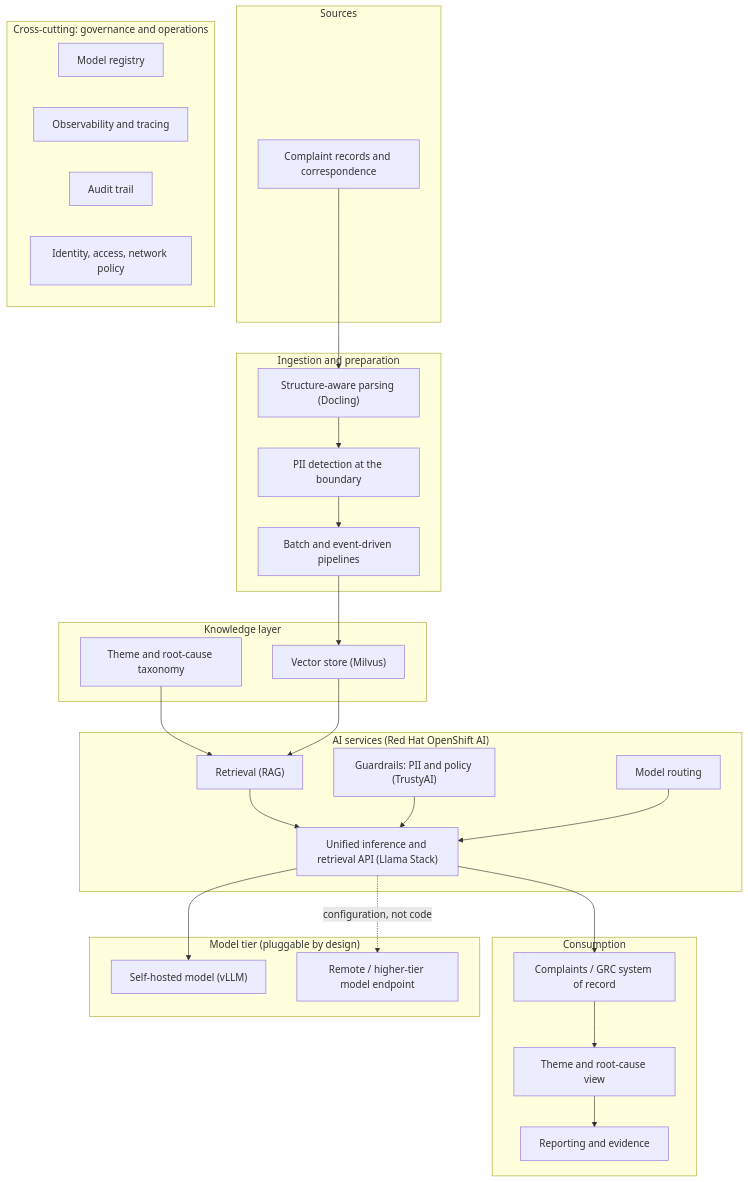
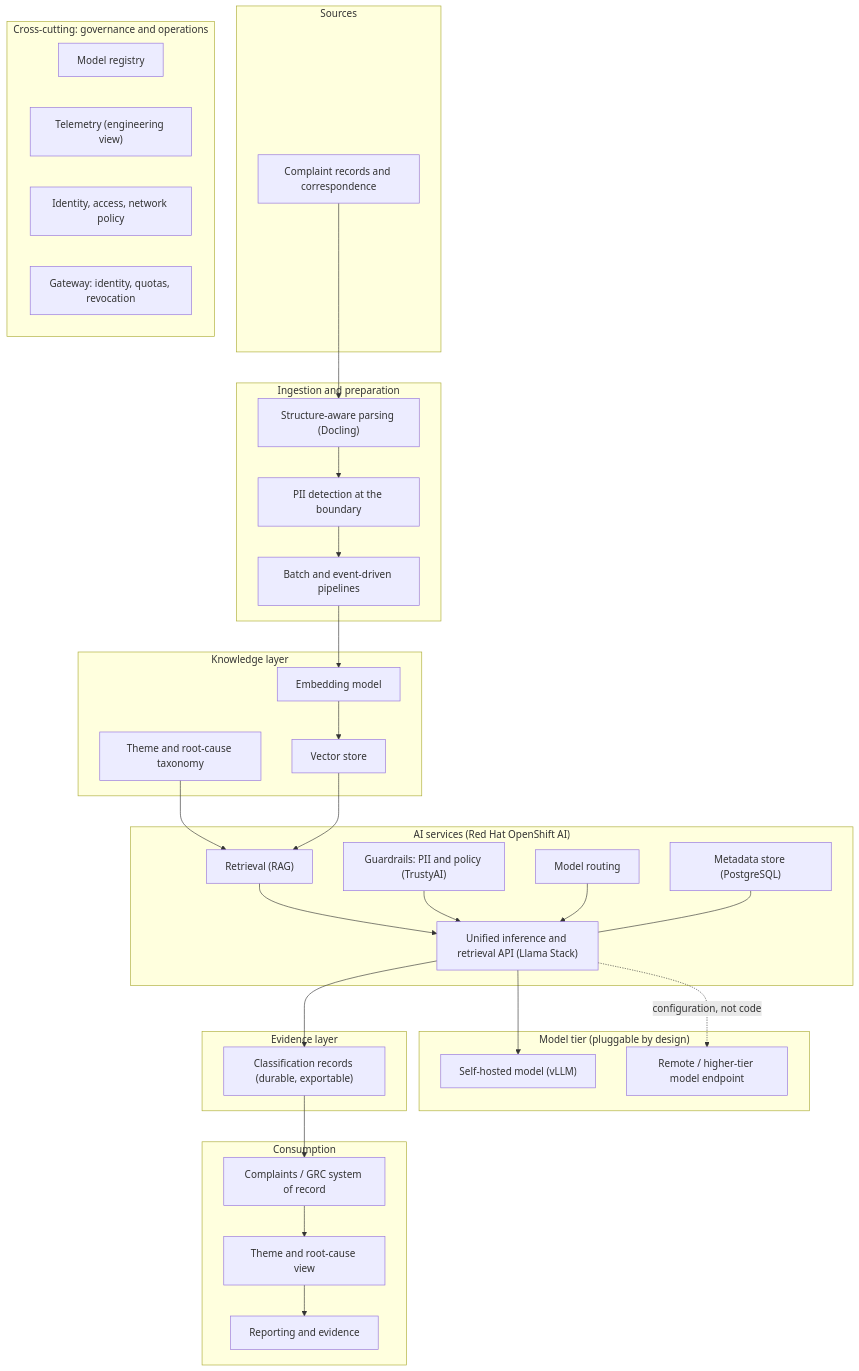
Before and after one commit to Deim0s13/rhoai: the first of 2 diagrams in 02-complaint-intelligence/docs/architecture.md, drawn with Mermaid. The commit also changed other lines of this file and 3 other files, not shown here.

````diff
--- a/02-complaint-intelligence/docs/architecture.md
+++ b/02-complaint-intelligence/docs/architecture.md
@@ -19,53 +27,61 @@
 ```mermaid
 flowchart TB
     subgraph consumption["Consumption"]
         SOR["Complaints / GRC system of record"]
         VIEW["Theme and root-cause view"]
         RPT["Reporting and evidence"]
     end
 
     subgraph ai["AI services (Red Hat OpenShift AI)"]
         LS["Unified inference and retrieval API (Llama Stack)"]
         GR["Guardrails: PII and policy (TrustyAI)"]
         RET["Retrieval (RAG)"]
         ROUTE["Model routing"]
+        META["Metadata store (PostgreSQL)"]
     end
 
     subgraph knowledge["Knowledge layer"]
-        VS["Vector store (Milvus)"]
+        VS["Vector store"]
+        EMB["Embedding model"]
         TAX["Theme and root-cause taxonomy"]
     end
 
     subgraph model["Model tier (pluggable by design)"]
         LOCAL["Self-hosted model (vLLM)"]
         REMOTE["Remote / higher-tier model endpoint"]
+    end
+
+    subgraph evidence["Evidence layer"]
+        REC["Classification records (durable, exportable)"]
     end
 
     subgraph ingestion["Ingestion and preparation"]
         PARSE["Structure-aware parsing (Docling)"]
         PII["PII detection at the boundary"]
         PIPE["Batch and event-driven pipelines"]
     end
 
     subgraph sources["Sources"]
-        REC["Complaint records and correspondence"]
+        SRC["Complaint records and correspondence"]
     end
 
     subgraph xcut["Cross-cutting: governance and operations"]
         REG["Model registry"]
-        OBS["Observability and tracing"]
-        AUD["Audit trail"]
+        OBS["Telemetry (engineering view)"]
         IAM["Identity, access, network policy"]
+        GW["Gateway: identity, quotas, revocation"]
     end
 
-    REC --> PARSE --> PII --> PIPE --> VS
+    SRC --> PARSE --> PII --> PIPE --> EMB --> VS
     TAX --> RET
     VS --> RET
     RET --> LS
     GR --> LS
     ROUTE --> LS
+    META --- LS
     LS --> LOCAL
     LS -.->|configuration, not code| REMOTE
-    LS --> SOR
+    LS --> REC
+    REC --> SOR
     SOR --> VIEW --> RPT
 ```
````
